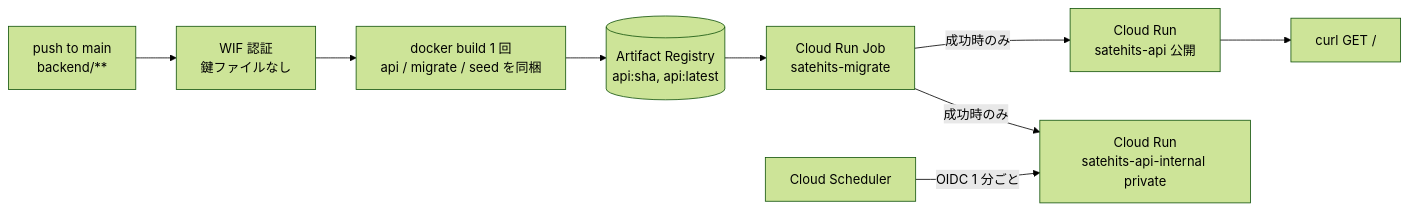
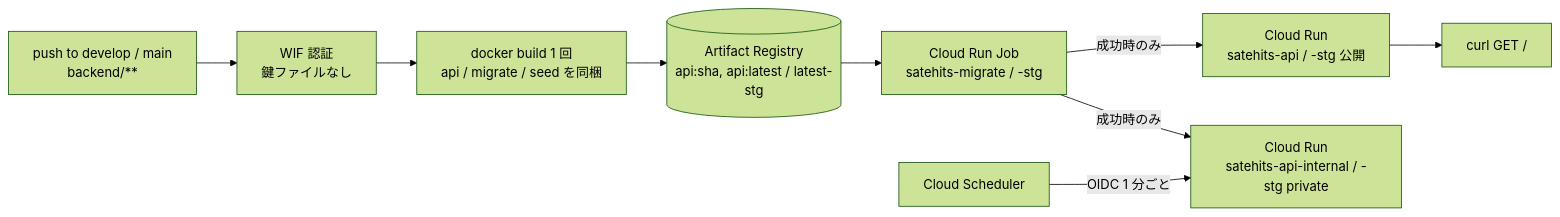
One commit to cergijame101007/satehits changed the second of 2 diagrams in docs/deploy_cloud_run.md. Above: the diagram before and after it, drawn with Mermaid (forest theme). The commit also changed other lines of this file, not shown here.

Commit message:
docs: Cloud Run デプロイ手順を staging / production の 2 環境に対応

````diff
--- a/docs/deploy_cloud_run.md
+++ b/docs/deploy_cloud_run.md
@@ -12,11 +58,11 @@
 ```mermaid
 flowchart LR
-    Push[push to main<br>backend/**] --> Auth[WIF 認証<br>鍵ファイルなし]
+    Push[push to develop / main<br>backend/**] --> Auth[WIF 認証<br>鍵ファイルなし]
     Auth --> Build[docker build 1 回<br>api / migrate / seed を同梱]
-    Build --> AR[(Artifact Registry<br>api:sha, api:latest)]
-    AR --> Migrate[Cloud Run Job<br>satehits-migrate]
-    Migrate -->|成功時のみ| Public[Cloud Run<br>satehits-api 公開]
-    Migrate -->|成功時のみ| Private[Cloud Run<br>satehits-api-internal private]
+    Build --> AR[(Artifact Registry<br>api:sha, api:latest / latest-stg)]
+    AR --> Migrate[Cloud Run Job<br>satehits-migrate / -stg]
+    Migrate -->|成功時のみ| Public[Cloud Run<br>satehits-api / -stg 公開]
+    Migrate -->|成功時のみ| Private[Cloud Run<br>satehits-api-internal / -stg private]
     Public --> Smoke[curl GET /]
     Scheduler[Cloud Scheduler] -->|OIDC 1 分ごと| Private
 ```
````
